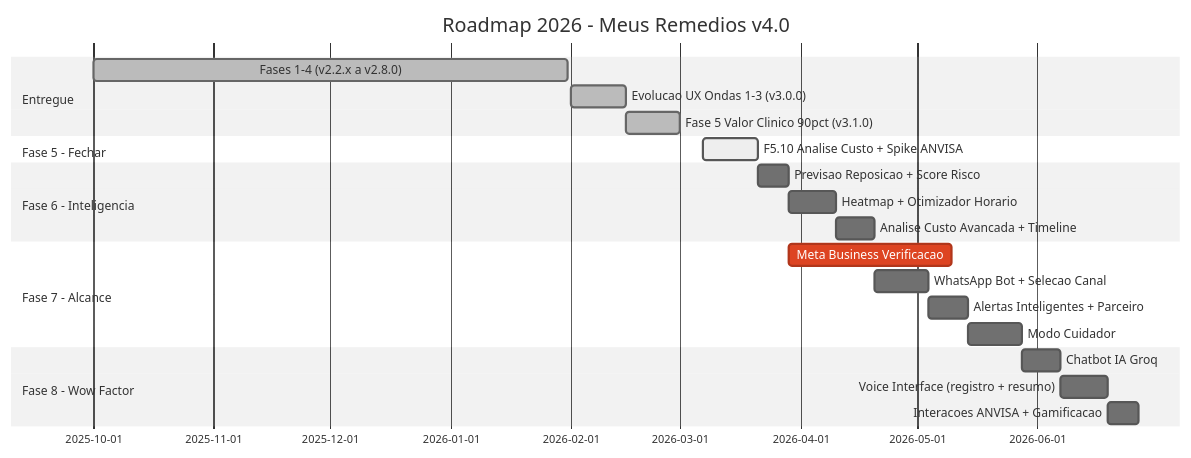
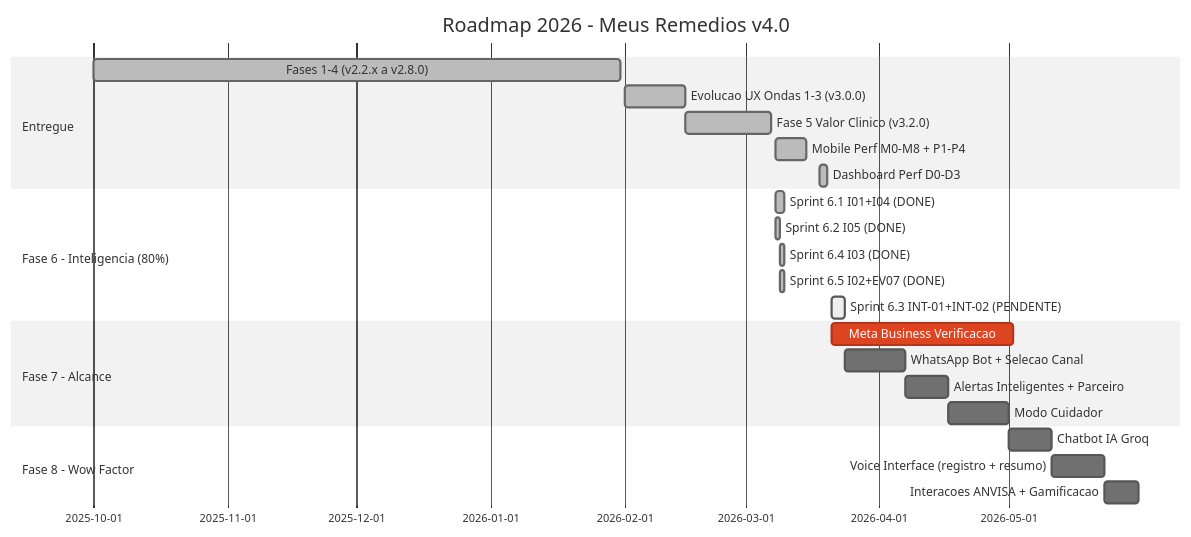
The diagram in plans/ROADMAP_v4.md (coelhotv/dosiq), drawn with Mermaid (neutral theme) before and after one commit. The commit also changed other lines of this file, not shown here.

Commit message:
docs: roadmap updates

````diff
--- a/plans/ROADMAP_v4.md
+++ b/plans/ROADMAP_v4.md
@@ -287,29 +259,30 @@
 ```mermaid
 gantt
     title Roadmap 2026 - Meus Remedios v4.0
     dateFormat YYYY-MM-DD
 
     section Entregue
     Fases 1-4 (v2.2.x a v2.8.0)              :done, prev, 2025-10-01, 2026-01-31
     Evolucao UX Ondas 1-3 (v3.0.0)           :done, ux, 2026-02-01, 2026-02-15
-    Fase 5 Valor Clinico 90pct (v3.1.0)       :done, f5a, 2026-02-15, 2026-03-01
+    Fase 5 Valor Clinico (v3.2.0)             :done, f5, 2026-02-15, 2026-03-07
+    Mobile Perf M0-M8 + P1-P4                 :done, mp, 2026-03-08, 2026-03-15
+    Dashboard Perf D0-D3                       :done, dp, 2026-03-18, 2026-03-20
 
-    section Fase 5 - Fechar
-    F5.10 Analise Custo + Spike ANVISA         :active, f5b, 2026-03-07, 14d
-
-    section Fase 6 - Inteligencia
-    Previsao Reposicao + Score Risco           :f6a, after f5b, 8d
-    Heatmap + Otimizador Horario               :f6b, after f6a, 12d
-    Analise Custo Avancada + Timeline          :f6c, after f6b, 10d
+    section Fase 6 - Inteligencia (80%)
+    Sprint 6.1 I01+I04 (DONE)                 :done, f6a, 2026-03-08, 2d
+    Sprint 6.2 I05 (DONE)                     :done, f6b, 2026-03-08, 1d
+    Sprint 6.4 I03 (DONE)                     :done, f6d, 2026-03-09, 1d
+    Sprint 6.5 I02+EV07 (DONE)                :done, f6e, 2026-03-09, 1d
+    Sprint 6.3 INT-01+INT-02 (PENDENTE)       :active, f6c, 2026-03-21, 3d
 
     section Fase 7 - Alcance
-    Meta Business Verificacao                  :crit, meta, after f6a, 42d
+    Meta Business Verificacao                  :crit, meta, 2026-03-21, 42d
     WhatsApp Bot + Selecao Canal               :f7a, after f6c, 14d
     Alertas Inteligentes + Parceiro            :f7b, after f7a, 10d
     Modo Cuidador                              :f7c, after f7b, 14d
 
     section Fase 8 - Wow Factor
     Chatbot IA Groq                            :f8a, after f7c, 10d
     Voice Interface (registro + resumo)        :f8b, after f8a, 12d
     Interacoes ANVISA + Gamificacao            :f8c, after f8b, 8d
 ```
````
